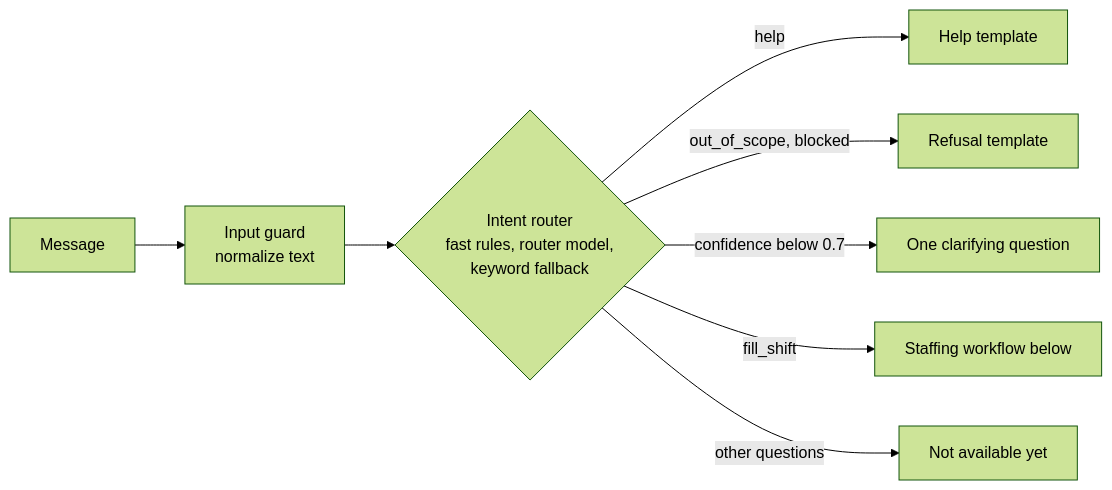
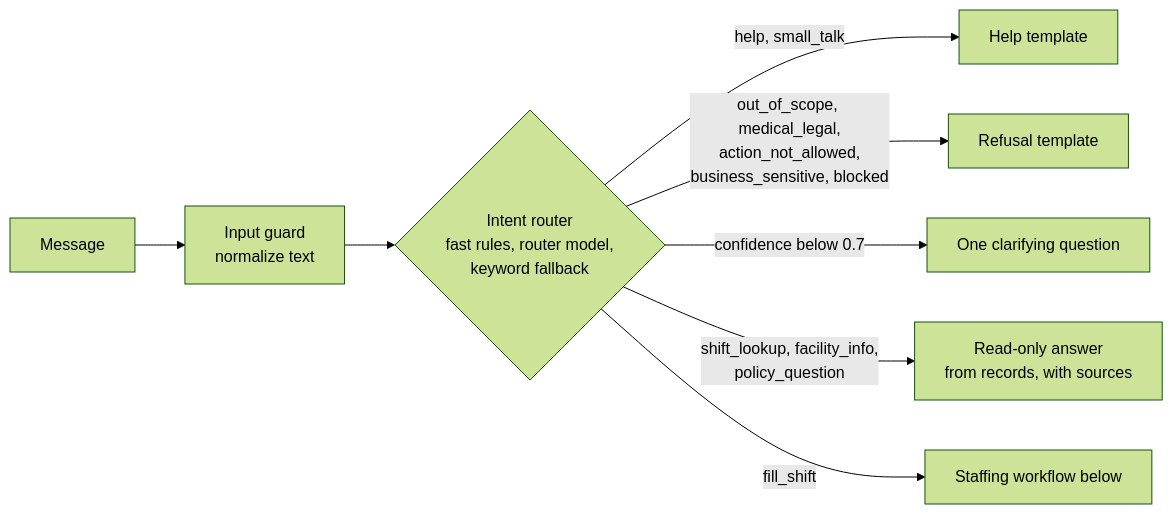
The first of 2 diagrams in README.md (aibek-r/Shift-Fill-Assistant), drawn with Mermaid (forest theme) before and after one commit. The commit also changed other lines of this file and 19 other files, not shown here.

First line of the commit message:
Answer shift, facility and policy questions and refuse what is out of bounds

````diff
--- a/README.md
+++ b/README.md
@@ -62,10 +65,10 @@
 ```mermaid
 flowchart LR
     M[Message] --> G[Input guard<br/>normalize text]
     G --> RT{Intent router<br/>fast rules, router model,<br/>keyword fallback}
-    RT -->|help| H[Help template]
-    RT -->|out_of_scope, blocked| X[Refusal template]
+    RT -->|help, small_talk| H[Help template]
+    RT -->|out_of_scope, medical_legal,<br/>action_not_allowed,<br/>business_sensitive, blocked| X[Refusal template]
     RT -->|confidence below 0.7| Q[One clarifying question]
+    RT -->|shift_lookup, facility_info,<br/>policy_question| A[Read-only answer<br/>from records, with sources]
     RT -->|fill_shift| W[Staffing workflow below]
-    RT -->|other questions| N[Not available yet]
 ```
````
